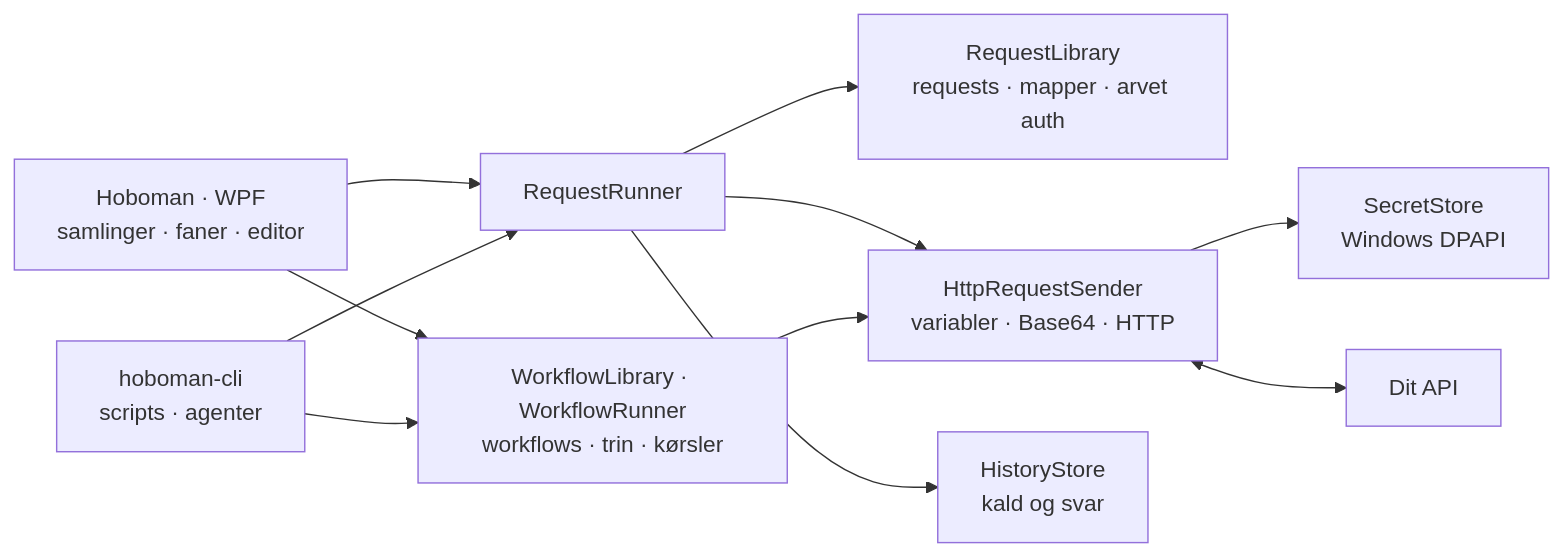
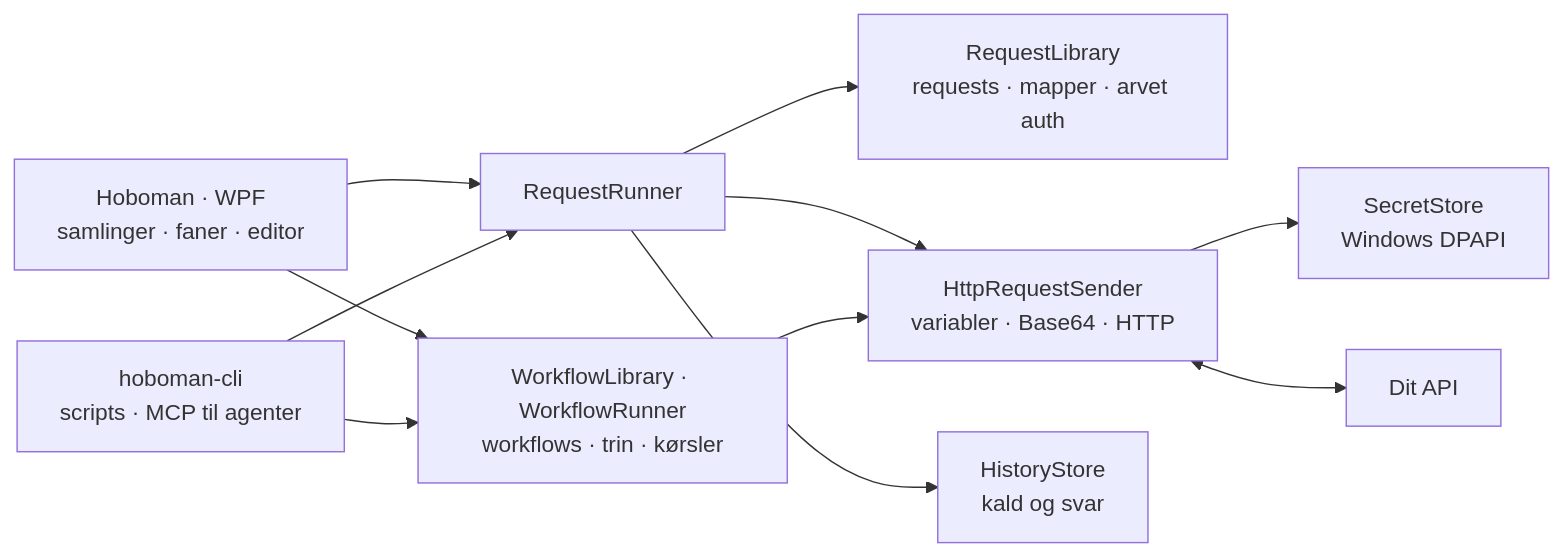
Before and after one commit to JLandbo/hoboman: the diagram in README.md, drawn with Mermaid. The commit also changed other lines of this file and 27 other files, not shown here.

Commit message:
make CLI into MCP.

````diff
--- a/README.md
+++ b/README.md
@@ -191,23 +191,23 @@
 ```mermaid
 flowchart LR
     UI["Hoboman · WPF<br/>samlinger · faner · editor"]
-    Cli["hoboman-cli<br/>scripts · agenter"]
+    Cli["hoboman-cli<br/>scripts · MCP til agenter"]
     Runner["RequestRunner"]
     Library["RequestLibrary<br/>requests · mapper · arvet auth"]
     Sender["HttpRequestSender<br/>variabler · Base64 · HTTP"]
     Secrets["SecretStore<br/>Windows DPAPI"]
     History["HistoryStore<br/>kald og svar"]
     Workflows["WorkflowLibrary · WorkflowRunner<br/>workflows · trin · kørsler"]
     API["Dit API"]
 
     UI --> Runner
     Cli --> Runner
     Runner --> Library
     Runner --> Sender
     Sender --> Secrets
     Sender <--> API
     Runner --> History
     UI --> Workflows
     Cli --> Workflows
     Workflows --> Sender
 ```
````
